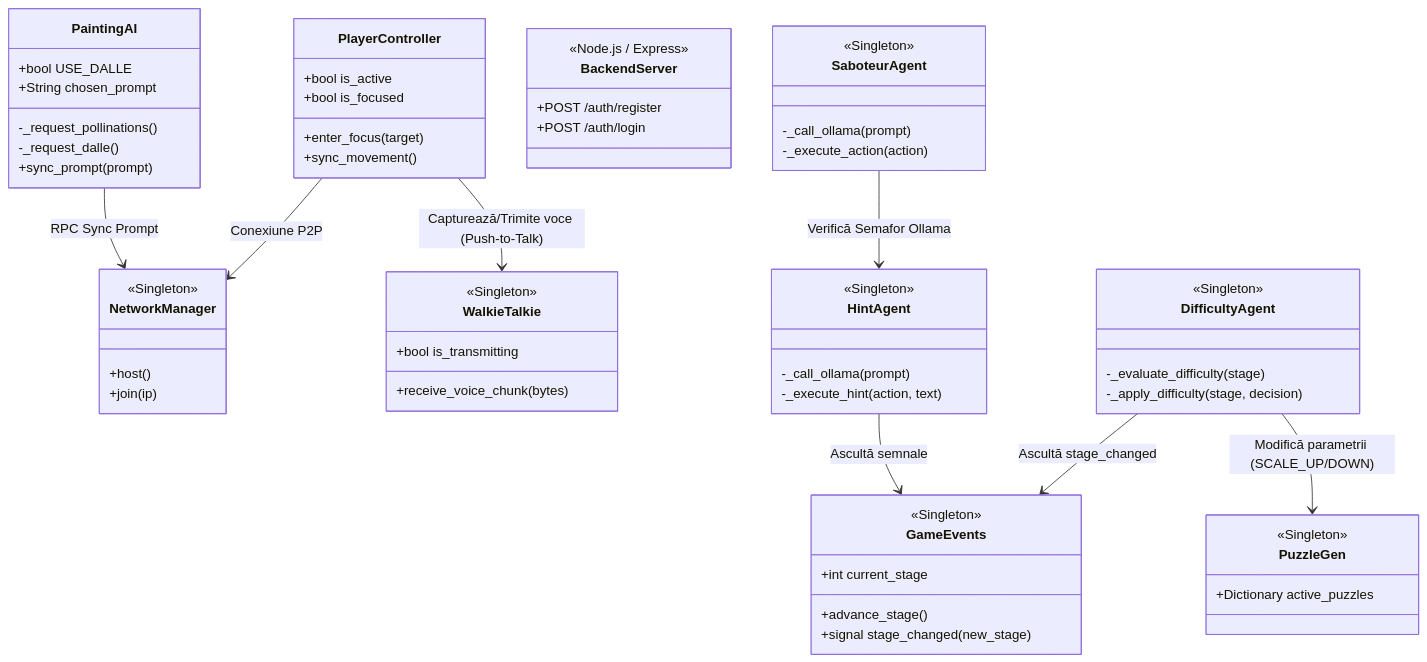
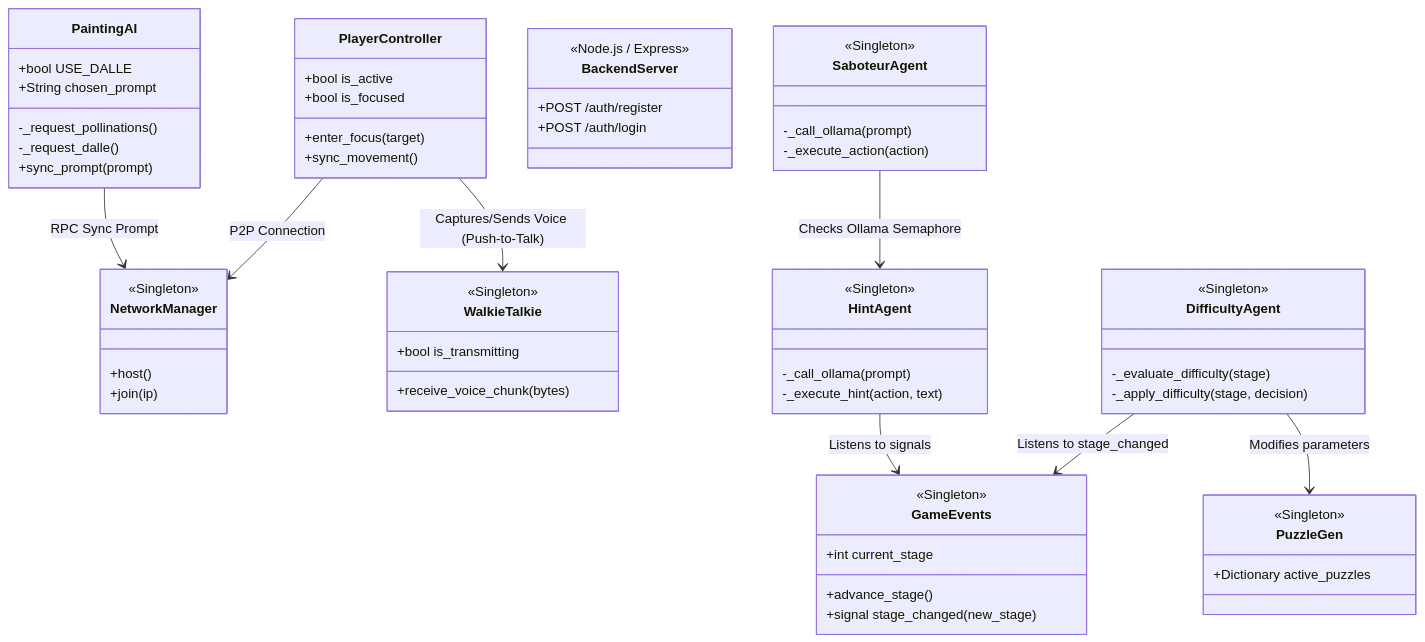
Before and after one commit to neica200/Echo-Chamber-Coop: the first of 10 diagrams in diagrame_arhitectura.md, drawn with Mermaid. The commit also changed other lines of this file, not shown here.

Commit message:
update diagrams

````diff
--- a/diagrame_arhitectura.md
+++ b/diagrame_arhitectura.md
@@ -6,73 +5,73 @@
 ```mermaid
 classDiagram
     class GameEvents {
         <<Singleton>>
         +int current_stage
         +advance_stage()
         +signal stage_changed(new_stage)
     }
 
     class PuzzleGen {
         <<Singleton>>
         +Dictionary active_puzzles
     }
 
     class NetworkManager {
         <<Singleton>>
         +host()
         +join(ip)
     }
     
     class WalkieTalkie {
         <<Singleton>>
         +bool is_transmitting
         +receive_voice_chunk(bytes)
     }
 
     class PaintingAI {
         +bool USE_DALLE
         +String chosen_prompt
         -_request_pollinations()
         -_request_dalle()
         +sync_prompt(prompt)
     }
 
     class HintAgent {
         <<Singleton>>
         -_call_ollama(prompt)
         -_execute_hint(action, text)
     }
 
     class SaboteurAgent {
         <<Singleton>>
         -_call_ollama(prompt)
         -_execute_action(action)
     }
 
     class DifficultyAgent {
         <<Singleton>>
         -_evaluate_difficulty(stage)
         -_apply_difficulty(stage, decision)
     }
 
     class BackendServer {
         <<Node.js / Express>>
         +POST /auth/register
         +POST /auth/login
     }
 
     class PlayerController {
         +bool is_active
         +bool is_focused
         +enter_focus(target)
         +sync_movement()
     }
 
-    PlayerController --> NetworkManager : Conexiune P2P
-    PlayerController --> WalkieTalkie : Capturează/Trimite voce (Push-to-Talk)
+    PlayerController --> NetworkManager : P2P Connection
+    PlayerController --> WalkieTalkie : Captures/Sends Voice (Push-to-Talk)
     PaintingAI --> NetworkManager : RPC Sync Prompt
-    HintAgent --> GameEvents : Ascultă semnale
-    SaboteurAgent --> HintAgent : Verifică Semafor Ollama
-    DifficultyAgent --> GameEvents : Ascultă stage_changed
-    DifficultyAgent --> PuzzleGen : Modifică parametrii (SCALE_UP/DOWN)
+    HintAgent --> GameEvents : Listens to signals
+    SaboteurAgent --> HintAgent : Checks Ollama Semaphore
+    DifficultyAgent --> GameEvents : Listens to stage_changed
+    DifficultyAgent --> PuzzleGen : Modifies parameters
 ```
````
